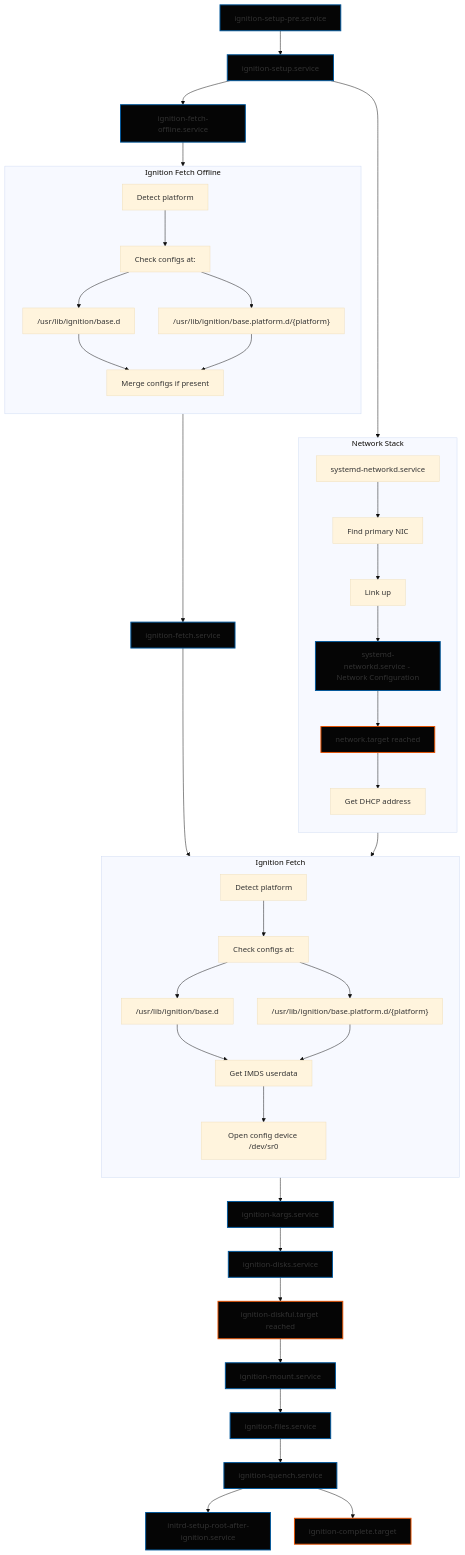
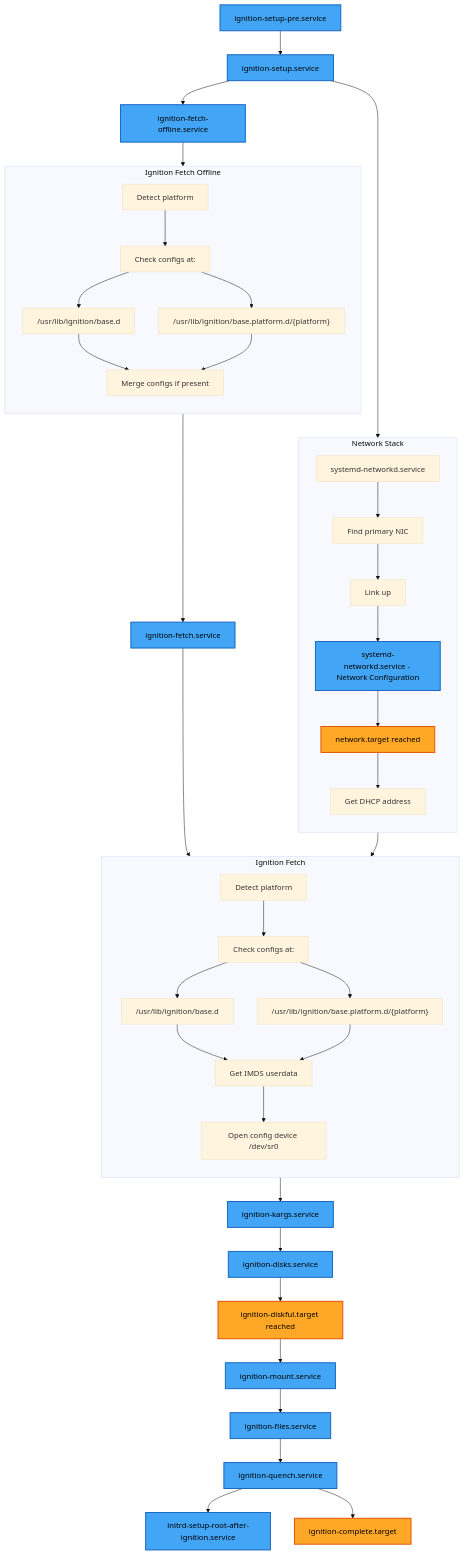
Before and after one commit to coreos/ignition: the diagram in docs/ignition-flow.md, drawn with Mermaid (base theme).

Commit message:
Improve color schemes

````diff
--- a/docs/ignition-flow.md
+++ b/docs/ignition-flow.md
@@ -1,79 +1,79 @@
 ```mermaid
 flowchart TB
     %% ===== IGNITION BOOT FLOW =====
     
     %% --- Early Boot ---
     A["ignition-setup-pre.service"] --> B["ignition-setup.service"]
     B --> C["ignition-fetch-offline.service"]
     
     %% --- Fetch Offline Details ---
     subgraph FETCH_OFFLINE ["Ignition Fetch Offline"]
         direction TB
         C0["Detect platform"]
         C1["Check configs at:"]
         C2["/usr/lib/ignition/base.d"]
         C3["/usr/lib/ignition/base.platform.d/{platform}"]
         C0 --> C1
         C1 --> C2
         C1 --> C3
         C4["Merge configs if present"]
         C2 --> C4
         C3 --> C4
     end
     C --> FETCH_OFFLINE
     
     FETCH_OFFLINE --> D["ignition-fetch.service"]
     
     %% --- Fetch Service Details ---
     subgraph FETCH_ONLINE ["Ignition Fetch"]
         direction TB
         D0["Detect platform"]
         D1["Check configs at:"]
         D1a["/usr/lib/ignition/base.d"]
         D1b["/usr/lib/ignition/base.platform.d/{platform}"]
         D0 --> D1
         D1 --> D1a
         D1 --> D1b
         D2["Get IMDS userdata"]
         D3["Open config device /dev/sr0"]
         D1a --> D2
         D1b --> D2
         D2 --> D3
     end
     D --> FETCH_ONLINE
     
     %% --- Network Stack ---
     subgraph NETWORK ["Network Stack"]
         direction TB
         N1["systemd-networkd.service"]
         N2["Find primary NIC"]
         N3["Link up"]
         N4["systemd-networkd.service - Network Configuration"]
         N5["network.target reached"]
         N6["Get DHCP address"]
         N1 --> N2 --> N3 --> N4 --> N5 --> N6
     end
     B --> NETWORK
     NETWORK --> FETCH_ONLINE
     
     %% --- Disk & Mount Services ---
     FETCH_ONLINE --> E["ignition-kargs.service"]
     E --> F["ignition-disks.service"]
     F --> G["ignition-diskful.target reached"]
     G --> H["ignition-mount.service"]
     
     %% --- Files & Users ---
     H --> I["ignition-files.service"]
     I --> J["ignition-quench.service"]
     J --> K["initrd-setup-root-after-ignition.service"]
     J --> L["ignition-complete.target"]
     
     %% ===== STYLING =====
-    classDef service fill:#050505,stroke:#01579b,stroke-width:2px
-    classDef target fill:#050505,stroke:#e65100,stroke-width:2px
-    classDef ideas fill:#fff9c4,stroke:#f57f17
-    classDef concerns fill:#ffebee,stroke:#c62828
+    classDef service fill:#42a5f5,stroke:#1565c0,stroke-width:2px,color:#000
+    classDef target fill:#ffa726,stroke:#e65100,stroke-width:2px,color:#000
+    classDef ideas fill:#fff59d,stroke:#f57f17,color:#000
+    classDef concerns fill:#ef9a9a,stroke:#c62828,color:#000
     
     class A,B,C,D,E,F,H,I,J,K,N4 service
     class G,L,N5 target
 ```
````
